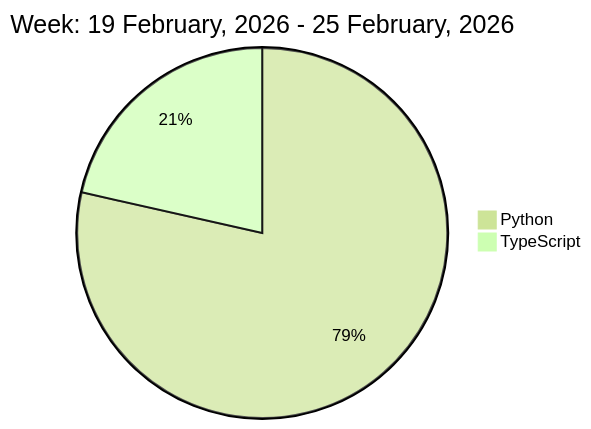
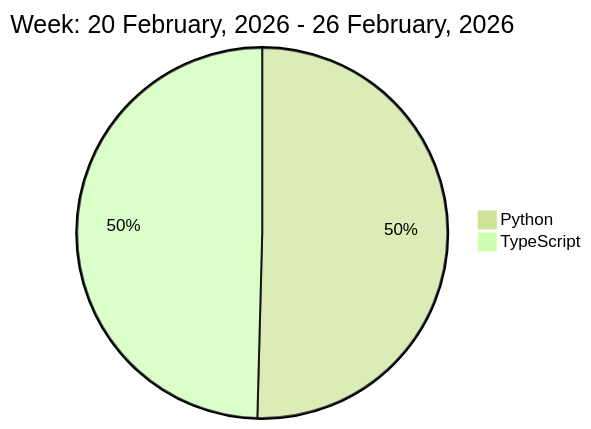
Before and after one commit to liubin95/liubin95: the diagram in README.md, drawn with Mermaid (forest theme).

Commit message:
Updated the Graph with new Metrics

````diff
--- a/README.md
+++ b/README.md
@@ -37,6 +37,6 @@
 ```mermaid
  pie
-title Week: 19 February, 2026 - 25 February, 2026
- "Python" : 2.67
- "TypeScript" : 0.73
+title Week: 20 February, 2026 - 26 February, 2026
+ "Python" : 3.02
+ "TypeScript" : 2.97
 ```
````
